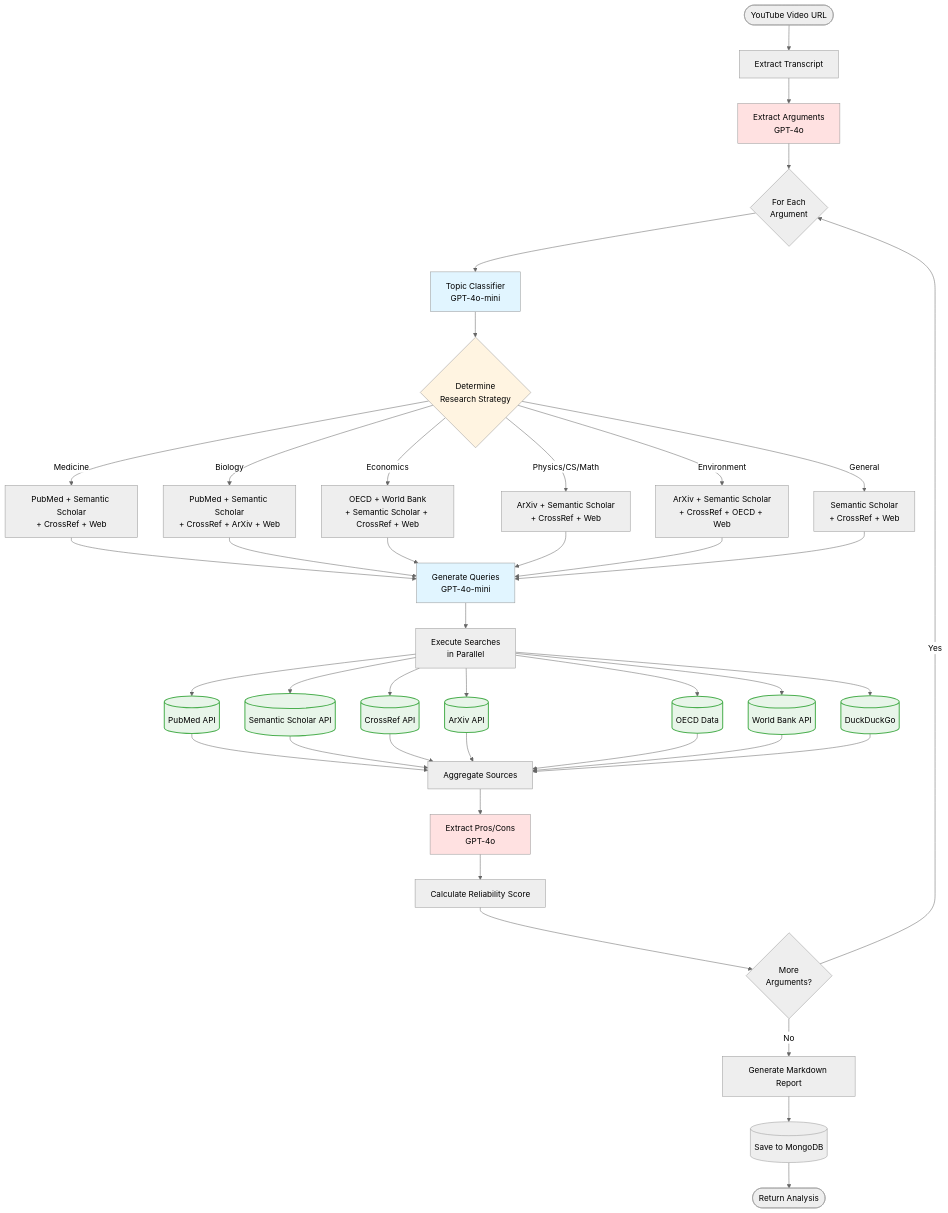
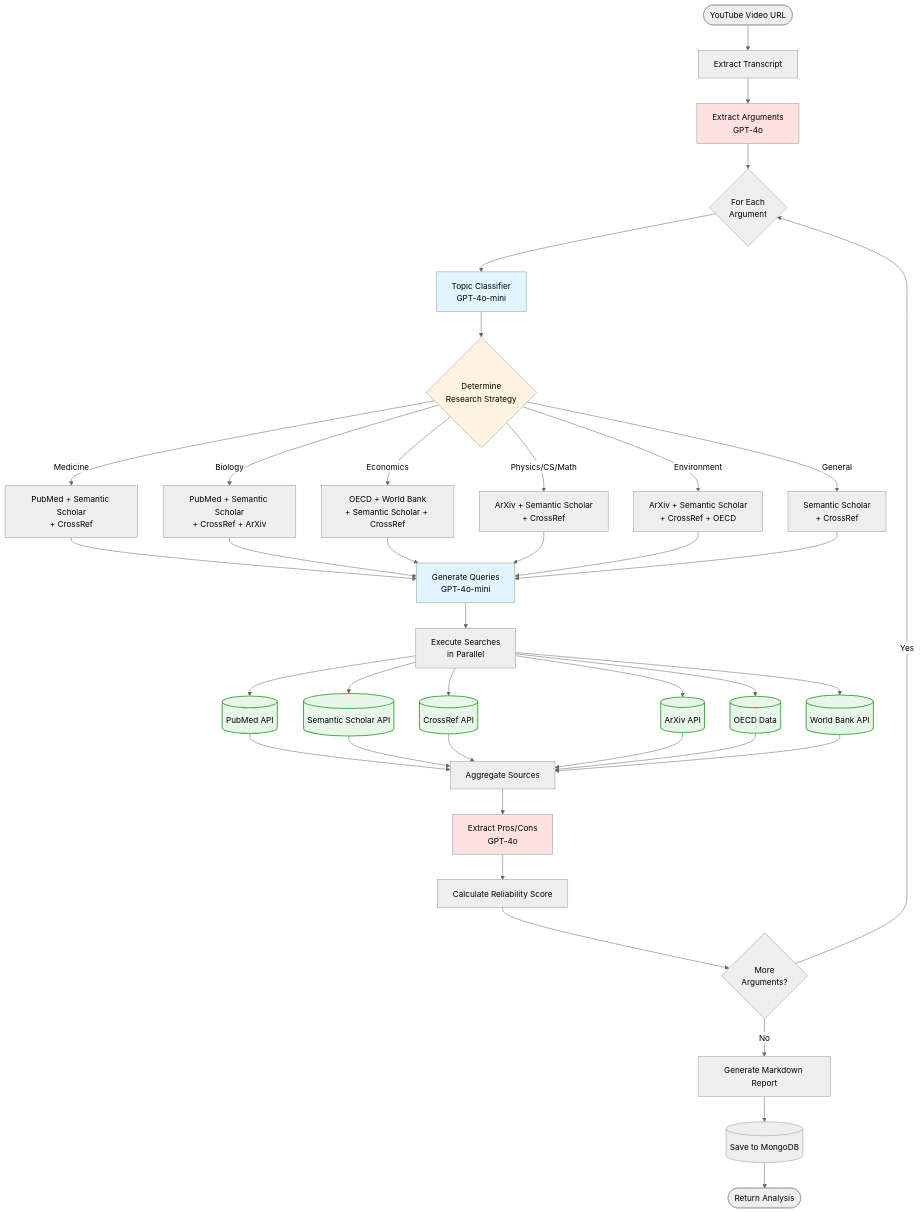
The diagram in SPECIALIZED_AGENTS_WORKFLOW.md (Thomas-D40/video-analyzer-workflow), drawn with Mermaid (neutral theme) before and after one commit. The commit also changed other lines of this file and 3 other files, not shown here.

First line of the commit message:
refactor: remove DuckDuckGo web search for better source quality

````diff
--- a/SPECIALIZED_AGENTS_WORKFLOW.md
+++ b/SPECIALIZED_AGENTS_WORKFLOW.md
@@ -48,64 +46,62 @@
 ```mermaid
 graph TD
     Start([YouTube Video URL]) --> Extract[Extract Transcript]
     Extract --> Arguments[Extract Arguments<br/>GPT-4o]
 
     Arguments --> Loop{For Each<br/>Argument}
 
     Loop --> Classify[Topic Classifier<br/>GPT-4o-mini]
 
     Classify --> Strategy{Determine<br/>Research Strategy}
 
-    Strategy -->|Medicine| MedAgents[PubMed + Semantic Scholar<br/>+ CrossRef + Web]
-    Strategy -->|Biology| BioAgents[PubMed + Semantic Scholar<br/>+ CrossRef + ArXiv + Web]
-    Strategy -->|Economics| EconAgents[OECD + World Bank<br/>+ Semantic Scholar + CrossRef + Web]
-    Strategy -->|Physics/CS/Math| SciAgents[ArXiv + Semantic Scholar<br/>+ CrossRef + Web]
-    Strategy -->|Environment| EnvAgents[ArXiv + Semantic Scholar<br/>+ CrossRef + OECD + Web]
-    Strategy -->|General| GenAgents[Semantic Scholar<br/>+ CrossRef + Web]
+    Strategy -->|Medicine| MedAgents[PubMed + Semantic Scholar<br/>+ CrossRef]
+    Strategy -->|Biology| BioAgents[PubMed + Semantic Scholar<br/>+ CrossRef + ArXiv]
+    Strategy -->|Economics| EconAgents[OECD + World Bank<br/>+ Semantic Scholar + CrossRef]
+    Strategy -->|Physics/CS/Math| SciAgents[ArXiv + Semantic Scholar<br/>+ CrossRef]
+    Strategy -->|Environment| EnvAgents[ArXiv + Semantic Scholar<br/>+ CrossRef + OECD]
+    Strategy -->|General| GenAgents[Semantic Scholar<br/>+ CrossRef]
 
     MedAgents --> QueryGen[Generate Queries<br/>GPT-4o-mini]
     BioAgents --> QueryGen
     EconAgents --> QueryGen
     SciAgents --> QueryGen
     EnvAgents --> QueryGen
     GenAgents --> QueryGen
 
     QueryGen --> Search[Execute Searches<br/>in Parallel]
 
     Search --> PubMed[(PubMed API)]
     Search --> SemanticScholar[(Semantic Scholar API)]
     Search --> CrossRef[(CrossRef API)]
     Search --> ArXiv[(ArXiv API)]
     Search --> OECD[(OECD Data)]
     Search --> WorldBank[(World Bank API)]
-    Search --> Web[(DuckDuckGo)]
 
     PubMed --> Aggregate[Aggregate Sources]
     SemanticScholar --> Aggregate
     CrossRef --> Aggregate
     ArXiv --> Aggregate
     OECD --> Aggregate
     WorldBank --> Aggregate
-    Web --> Aggregate
 
     Aggregate --> ProsCons[Extract Pros/Cons<br/>GPT-4o]
 
     ProsCons --> Reliability[Calculate Reliability Score]
 
     Reliability --> MoreArgs{More<br/>Arguments?}
 
     MoreArgs -->|Yes| Loop
     MoreArgs -->|No| Report[Generate Markdown Report]
 
     Report --> Cache[(Save to MongoDB)]
     Cache --> End([Return Analysis])
 
     style Classify fill:#e1f5ff
     style QueryGen fill:#e1f5ff
     style Arguments fill:#ffe1e1
     style ProsCons fill:#ffe1e1
     style Strategy fill:#fff4e1
 
     classDef apiNode fill:#e8f5e9,stroke:#4caf50,stroke-width:2px
-    class PubMed,SemanticScholar,CrossRef,ArXiv,OECD,WorldBank,Web apiNode
+    class PubMed,SemanticScholar,CrossRef,ArXiv,OECD,WorldBank apiNode
 ```
````
